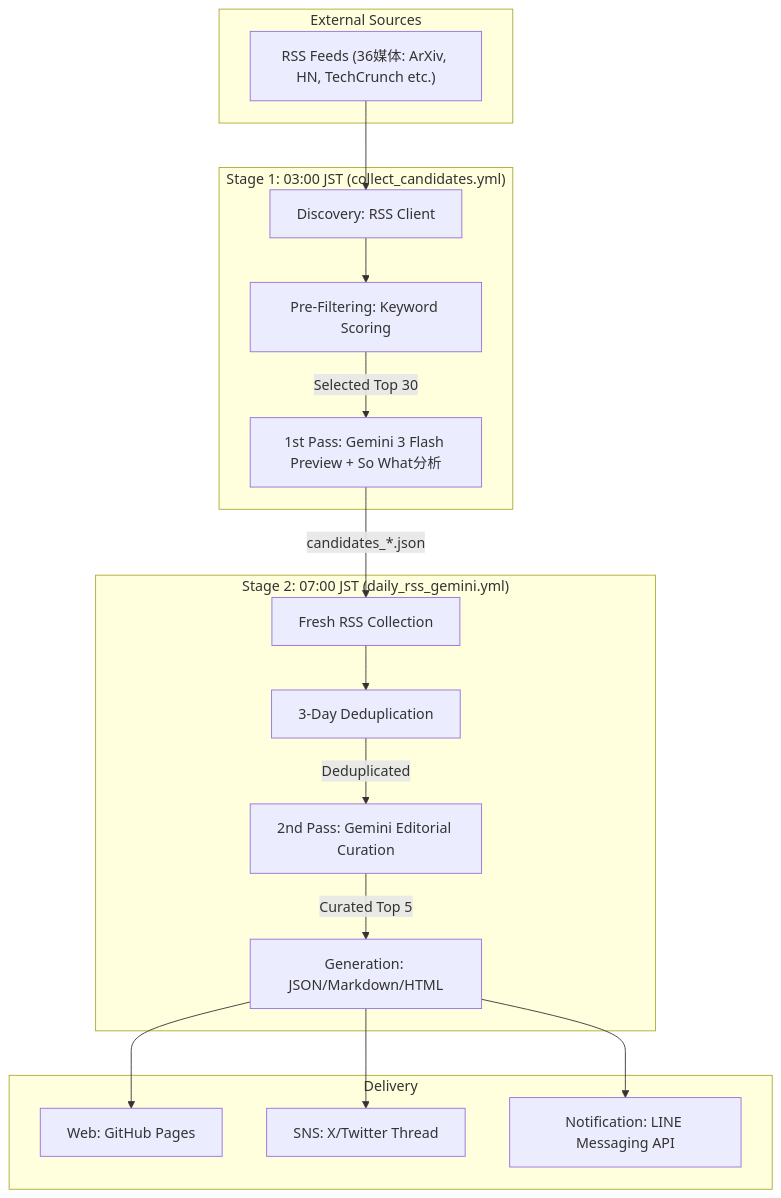
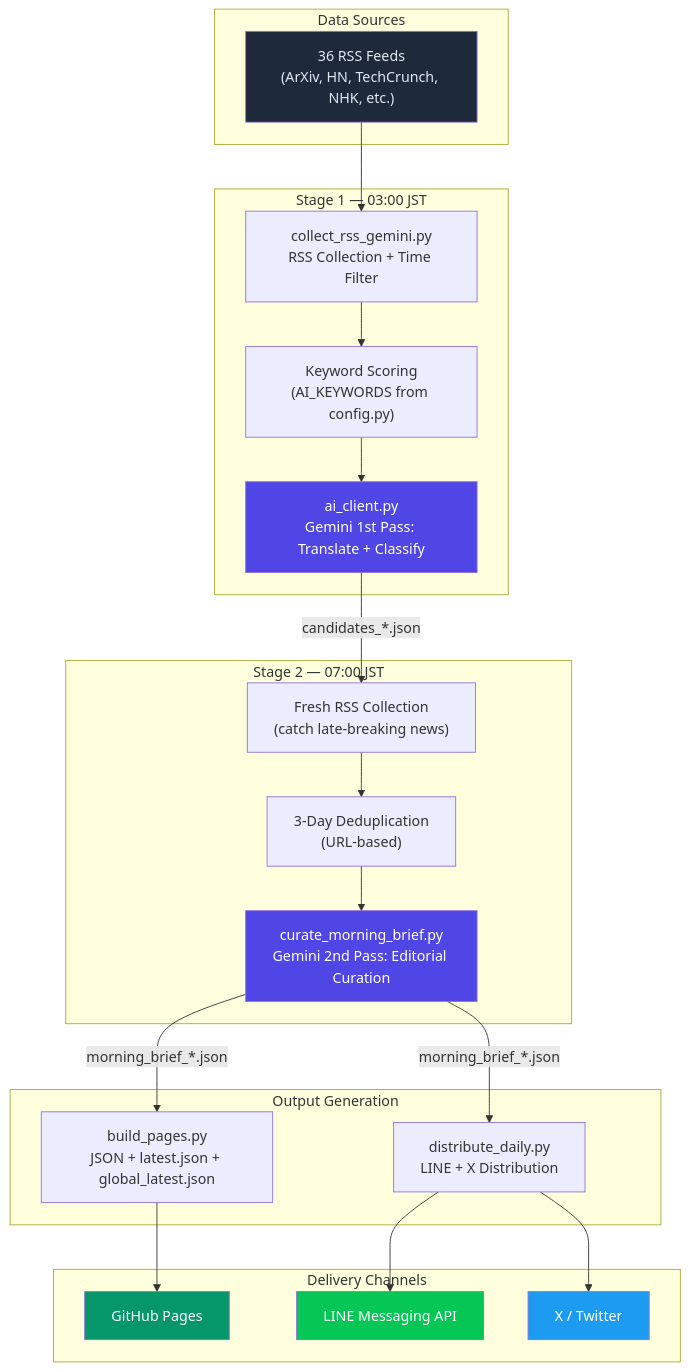
One commit to TadFuji/ai-news-bot changed the diagram in README.md. Above: the diagram before and after it, drawn with Mermaid. The commit also changed other lines of this file and 6 other files, not shown here.

````diff
--- a/README.md
+++ b/README.md
@@ -30,36 +49,45 @@
 ```mermaid
 graph TD
-    subgraph "External Sources"
-        A["RSS Feeds (36媒体: ArXiv, HN, TechCrunch etc.)"]
+    subgraph "Data Sources"
+        RSS["36 RSS Feeds<br/>(ArXiv, HN, TechCrunch, NHK, etc.)"]
     end
 
-    subgraph "Stage 1: 03:00 JST (collect_candidates.yml)"
-        B[Discovery: RSS Client]
-        C[Pre-Filtering: Keyword Scoring]
-        D["1st Pass: Gemini 3 Flash Preview + So What分析"]
+    subgraph "Stage 1 — 03:00 JST"
+        COLLECT["collect_rss_gemini.py<br/>RSS Collection + Time Filter"]
+        SCORE["Keyword Scoring<br/>(AI_KEYWORDS from config.py)"]
+        GEMINI1["ai_client.py<br/>Gemini 1st Pass: Translate + Classify"]
     end
 
-    subgraph "Stage 2: 07:00 JST (daily_rss_gemini.yml)"
-        E[Fresh RSS Collection]
-        F[3-Day Deduplication]
-        G["2nd Pass: Gemini Editorial Curation"]
-        H[Generation: JSON/Markdown/HTML]
+    subgraph "Stage 2 — 07:00 JST"
+        FRESH["Fresh RSS Collection<br/>(catch late-breaking news)"]
+        DEDUP["3-Day Deduplication<br/>(URL-based)"]
+        GEMINI2["curate_morning_brief.py<br/>Gemini 2nd Pass: Editorial Curation"]
     end
 
-    subgraph "Delivery"
-        I[Web: GitHub Pages]
-        J[SNS: X/Twitter Thread]
-        K[Notification: LINE Messaging API]
+    subgraph "Output Generation"
+        BUILD["build_pages.py<br/>JSON + latest.json + global_latest.json"]
+        DIST["distribute_daily.py<br/>LINE + X Distribution"]
     end
 
-    A --> B
-    B --> C
-    C -- "Selected Top 30" --> D
-    D -- "candidates_*.json" --> E
-    E --> F
-    F -- "Deduplicated" --> G
-    G -- "Curated Top 5" --> H
-    H --> I
-    H --> J
-    H --> K
+    subgraph "Delivery Channels"
+        WEB["GitHub Pages"]
+        LINE["LINE Messaging API"]
+        X["X / Twitter"]
+    end
+
+    RSS --> COLLECT --> SCORE --> GEMINI1
+    GEMINI1 -->|"candidates_*.json"| FRESH
+    FRESH --> DEDUP --> GEMINI2
+    GEMINI2 -->|"morning_brief_*.json"| BUILD
+    GEMINI2 -->|"morning_brief_*.json"| DIST
+    BUILD --> WEB
+    DIST --> LINE
+    DIST --> X
+
+    style RSS fill:#1e293b,color:#e2e8f0
+    style GEMINI1 fill:#4f46e5,color:#fff
+    style GEMINI2 fill:#4f46e5,color:#fff
+    style WEB fill:#059669,color:#fff
+    style LINE fill:#06c755,color:#fff
+    style X fill:#1d9bf0,color:#fff
 ```
````
